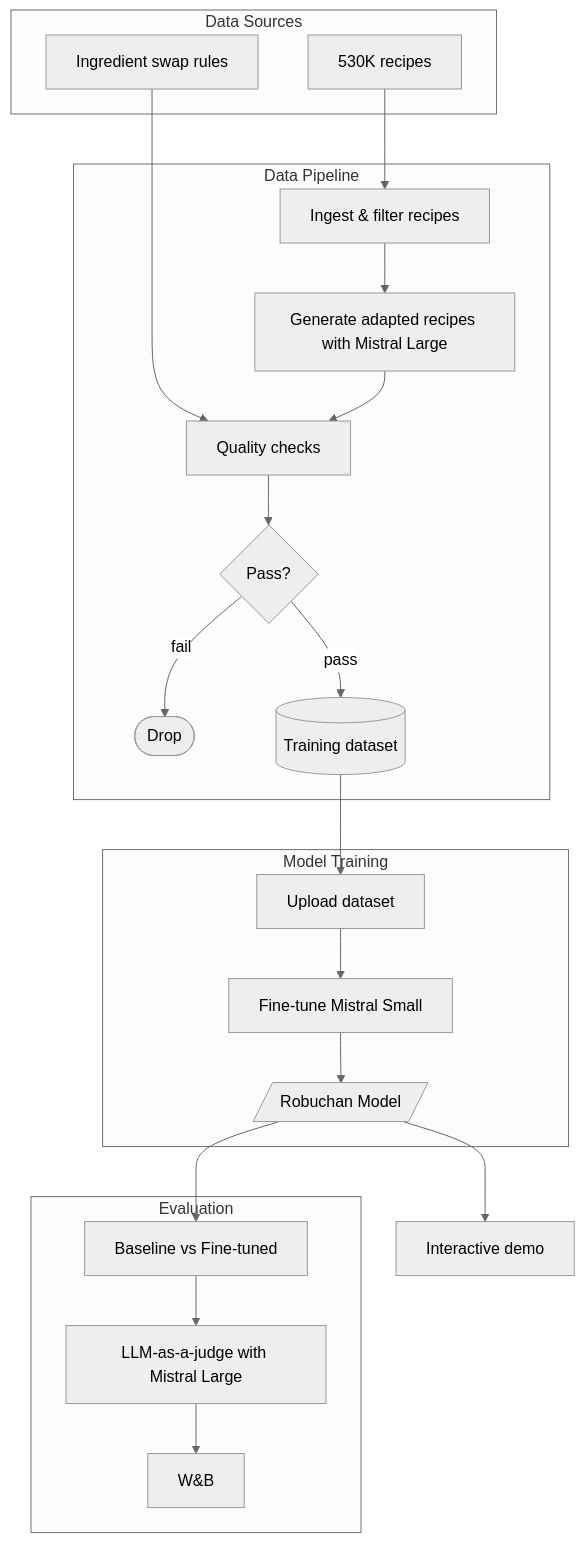
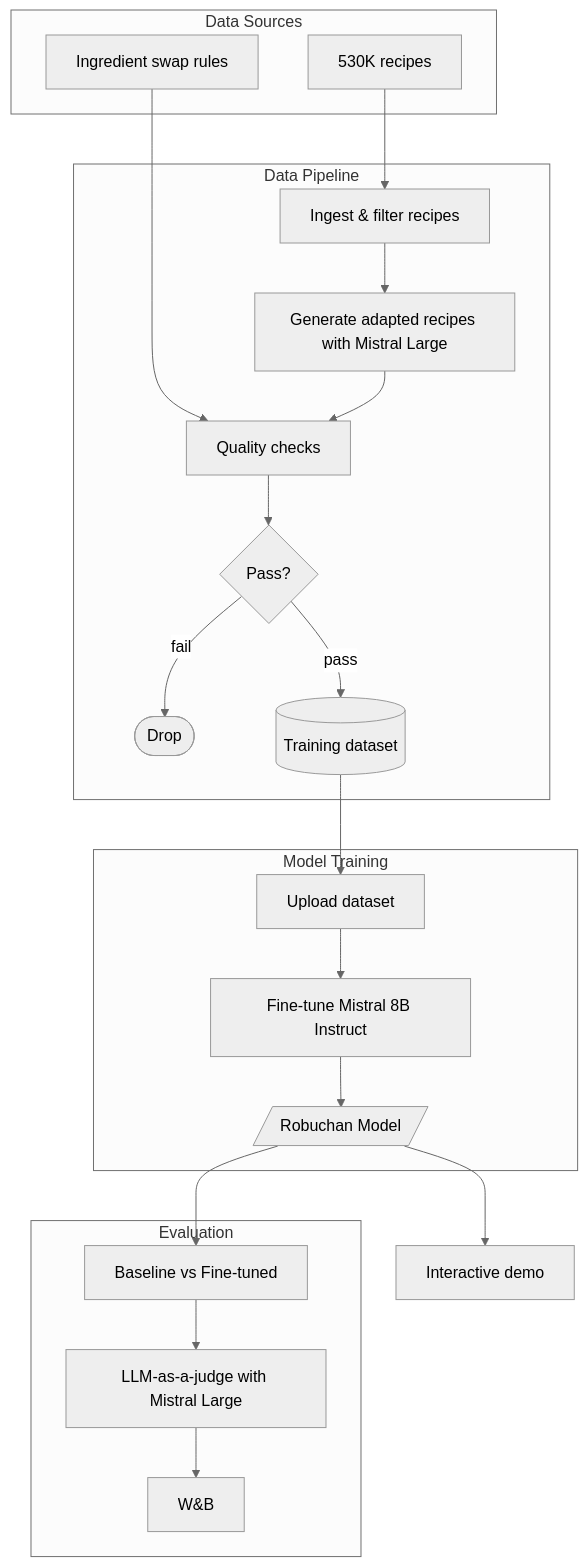
Before and after one commit to sumitdotml/robuchan: the diagram in README.md, drawn with Mermaid (neutral theme). The commit also changed other lines of this file and 11 other files, not shown here.

````diff
--- a/README.md
+++ b/README.md
@@ -17,45 +19,45 @@
 ```mermaid
 flowchart TD
     subgraph DataSources["Data Sources"]
         FoodCom["530K recipes"]
         KB["Ingredient swap rules"]
     end
 
     subgraph DataPipeline["Data Pipeline"]
         Ingest["Ingest & filter recipes"]
         Generate["Generate adapted recipes with Mistral Large"]
         Check["Quality checks"]
         PF{Pass?}
         Drop(["Drop"])
         Dataset[("Training dataset")]
     end
 
     subgraph Training["Model Training"]
         Upload["Upload dataset"]
-        FineTune["Fine-tune Mistral Small"]
+        FineTune["Fine-tune Mistral 8B Instruct"]
         Model[/"Robuchan Model"/]
     end
 
     subgraph Eval["Evaluation"]
         BaseVsFT["Baseline vs Fine-tuned"]
         Judge["LLM-as-a-judge with Mistral Large"]
         Metrics["W&B"]
     end
 
     Demo["Interactive demo"]
 
     FoodCom --> Ingest
     KB --> Check
     Ingest --> Generate
     Generate --> Check
     Check --> PF
     PF -->|fail| Drop
     PF -->|pass| Dataset
     Dataset --> Upload
     Upload --> FineTune
     FineTune --> Model
     Model --> BaseVsFT
     BaseVsFT --> Judge
     Judge --> Metrics
     Model --> Demo
 ```
````
